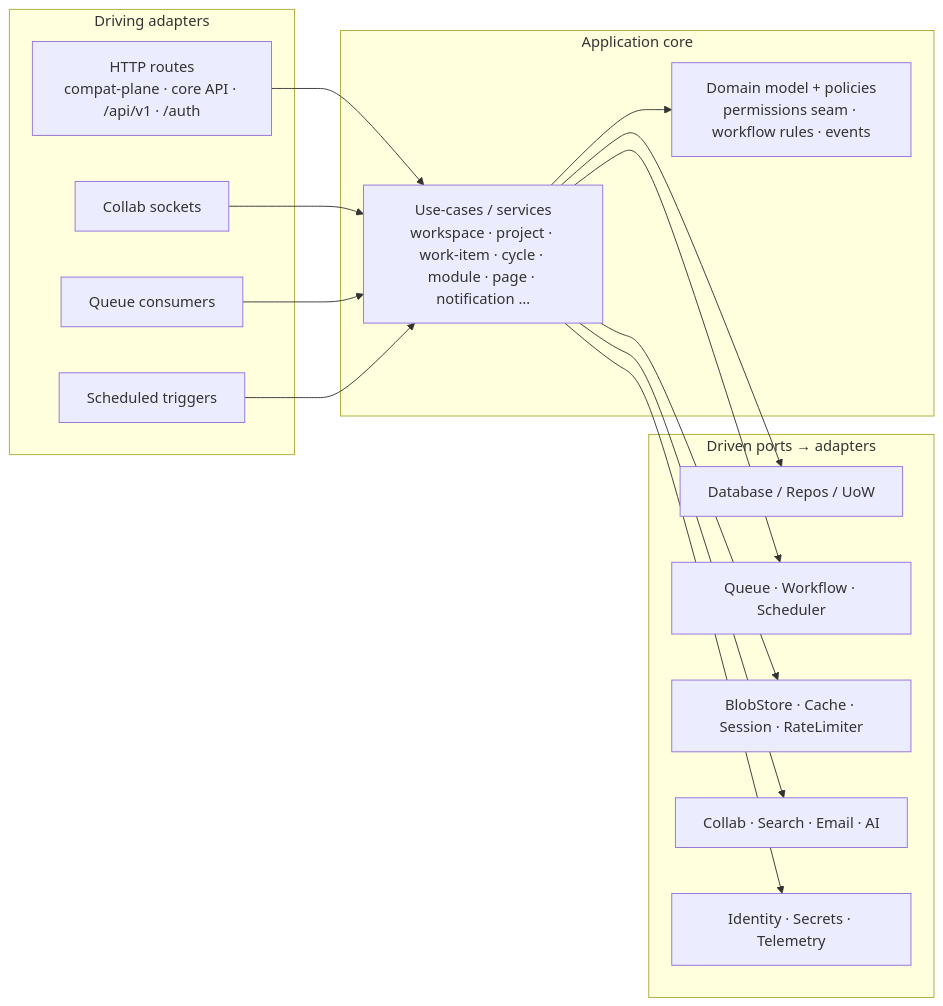
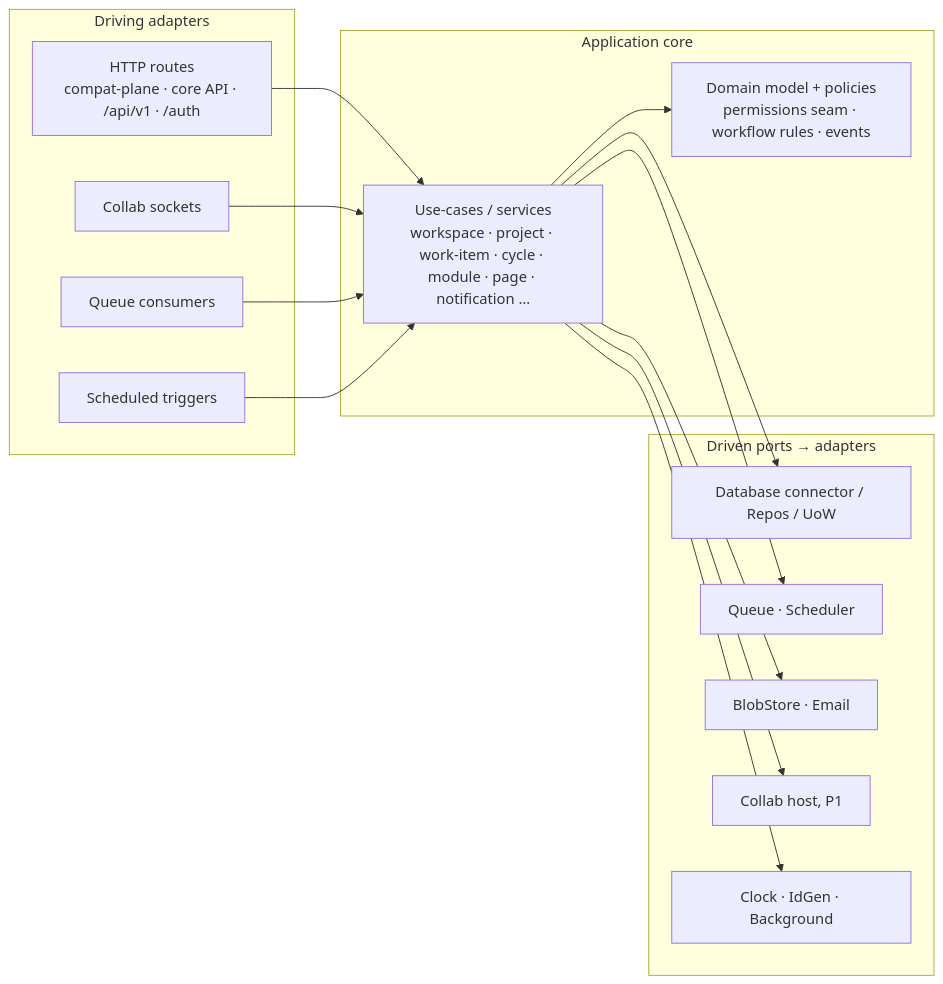
The fourth of 6 diagrams in .agents/plans/contrail/ARCHITECTURE.md (aRustyDev/thrust), drawn with Mermaid before and after one commit. The commit also changed other lines of this file and 16 other files, not shown here.

````diff
--- a/.agents/plans/contrail/ARCHITECTURE.md
+++ b/.agents/plans/contrail/ARCHITECTURE.md
@@ -108,30 +111,30 @@
 ```mermaid
 flowchart LR
   subgraph Driving[Driving adapters]
     HTTP[HTTP routes<br/>compat-plane · core API · /api/v1 · /auth]
     WS[Collab sockets]
     QC[Queue consumers]
     CR[Scheduled triggers]
   end
   subgraph Core[Application core]
     UC[Use-cases / services<br/>workspace · project · work-item · cycle · module · page · notification …]
     DOM[Domain model + policies<br/>permissions seam · workflow rules · events]
   end
   subgraph Driven[Driven ports → adapters]
-    P1[Database / Repos / UoW]
-    P2[Queue · Workflow · Scheduler]
-    P3[BlobStore · Cache · Session · RateLimiter]
-    P4[Collab · Search · Email · AI]
-    P5[Identity · Secrets · Telemetry]
+    P1[Database connector / Repos / UoW]
+    P2[Queue · Scheduler]
+    P3[BlobStore · Email]
+    P4[Collab host, P1]
+    P5[Clock · IdGen · Background]
   end
   HTTP --> UC
   WS --> UC
   QC --> UC
   CR --> UC
   UC --> DOM
   UC --> P1
   UC --> P2
   UC --> P3
   UC --> P4
   UC --> P5
 ```
````
